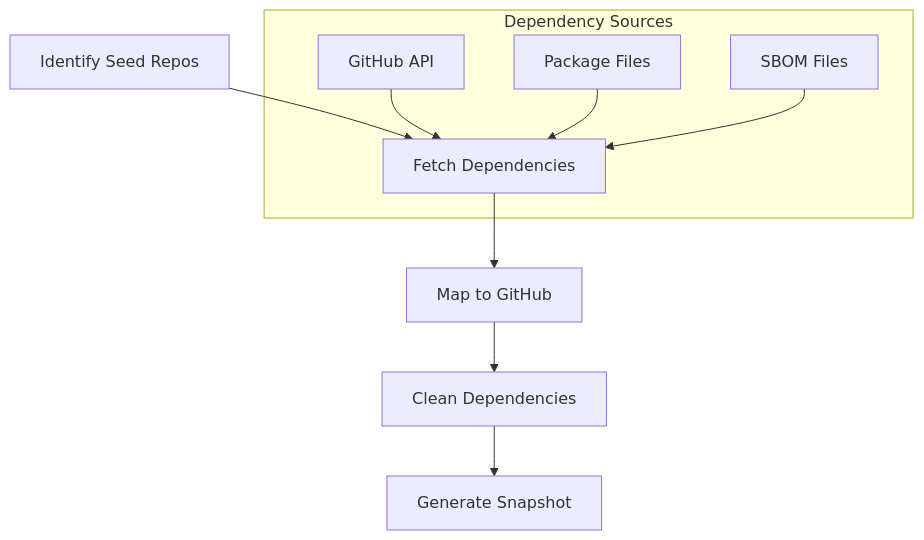
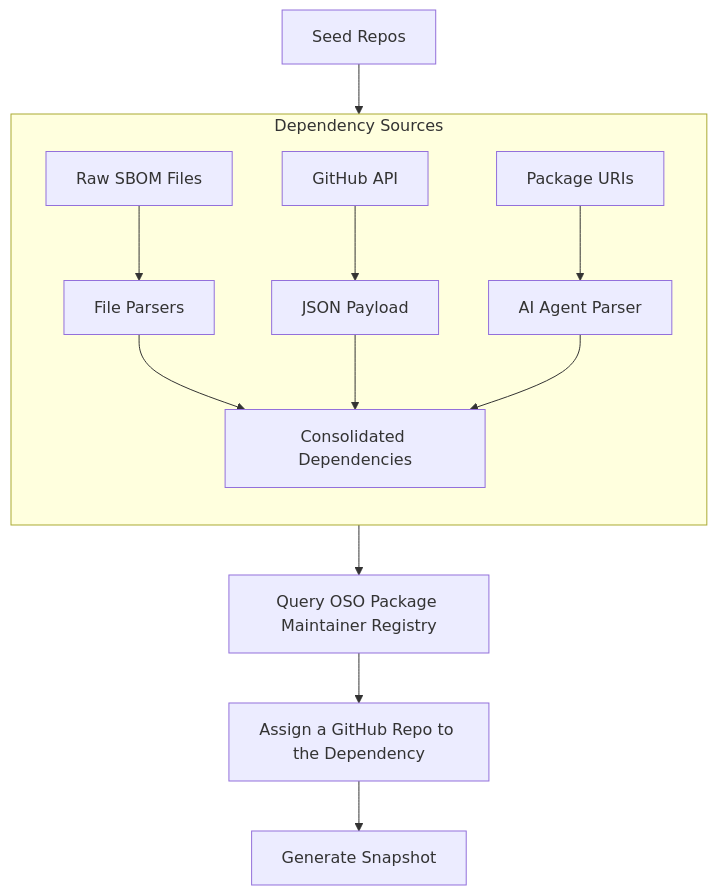
One commit to opensource-observer/insights changed the diagram in experiments/dependency-graph-v2/README.md. Above: the diagram before and after it, drawn with Mermaid. The commit also changed other lines of this file and 1 other file, not shown here.

Commit message:
add mermaid

````diff
--- a/experiments/dependency-graph-v2/README.md
+++ b/experiments/dependency-graph-v2/README.md
@@ -153,13 +157,19 @@
 ```mermaid
 graph TD
-    S[Identify Seed Repos] --> A[Fetch Dependencies]
-    A --> B[Map to GitHub]
-    B --> C[Clean Dependencies]
-    C --> D[Generate Snapshot]
+  IdentifySeedRepos["Seed Repos"] --> DS["Dependency Sources"]
+
+  subgraph DS["Dependency Sources"]
+    direction TB
+    GitHubAPI["GitHub API"]
+    SBOMFiles["Raw SBOM Files"]
+    PackageURIs["Package URIs"]
     
-    subgraph "Dependency Sources"
-    E[GitHub API] --> A
-    F[Package Files] --> A
-    G[SBOM Files] --> A
-    end
+    SBOMFiles --> Parser["File Parsers"] --> Consolidated
+    GitHubAPI --> Metadata["JSON Payload"] --> Consolidated["Consolidated Dependencies"]
+    PackageURIs --> AI["AI Agent Parser"] --> Consolidated
+  end
+
+  DS --> MapToGitHub["Query OSO Package Maintainer Registry"]
+  MapToGitHub --> CleanDependencies["Assign a GitHub Repo to the Dependency"]
+  CleanDependencies --> GenerateSnapshot["Generate Snapshot"]
 ```
````
